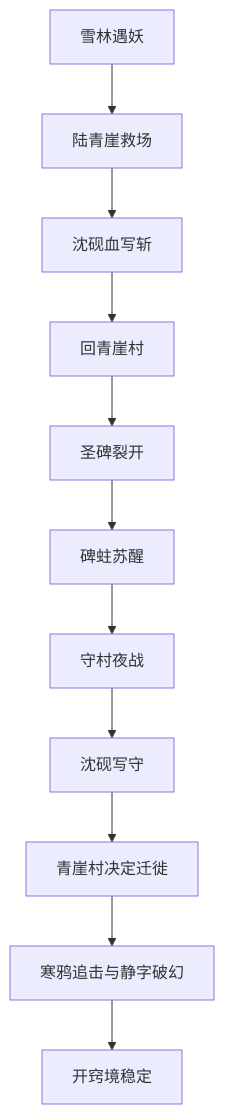
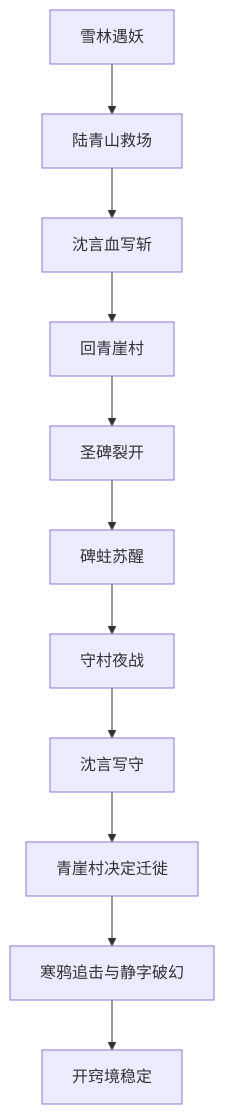
The third of 5 diagrams in docs/narrative/story-map-and-factions.md (tyrantqiao/GodOfHanzi), drawn with Mermaid before and after one commit. The commit also changed other lines of this file and 5 other files, not shown here.

````diff
--- a/docs/narrative/story-map-and-factions.md
+++ b/docs/narrative/story-map-and-factions.md
@@ -251,13 +251,13 @@
 ```mermaid
 flowchart TD
-  A[雪林遇妖] --> B[陆青崖救场]
-  B --> C[沈砚血写斩]
+  A[雪林遇妖] --> B[陆青山救场]
+  B --> C[沈言血写斩]
   C --> D[回青崖村]
   D --> E[圣碑裂开]
   E --> F[碑蛀苏醒]
   F --> G[守村夜战]
-  G --> H[沈砚写守]
+  G --> H[沈言写守]
   H --> I[青崖村决定迁徙]
   I --> J[寒鸦追击与静字破幻]
   J --> K[开窍境稳定]
 ```
````
